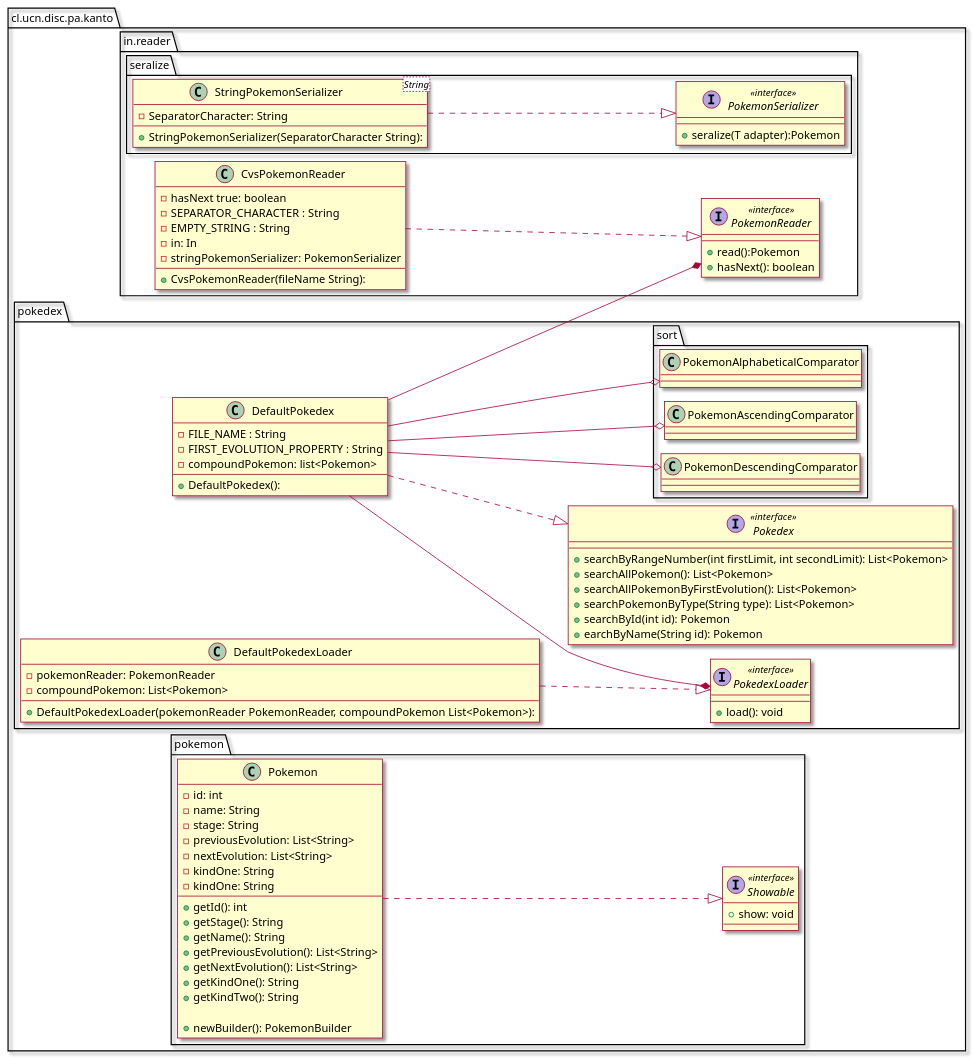
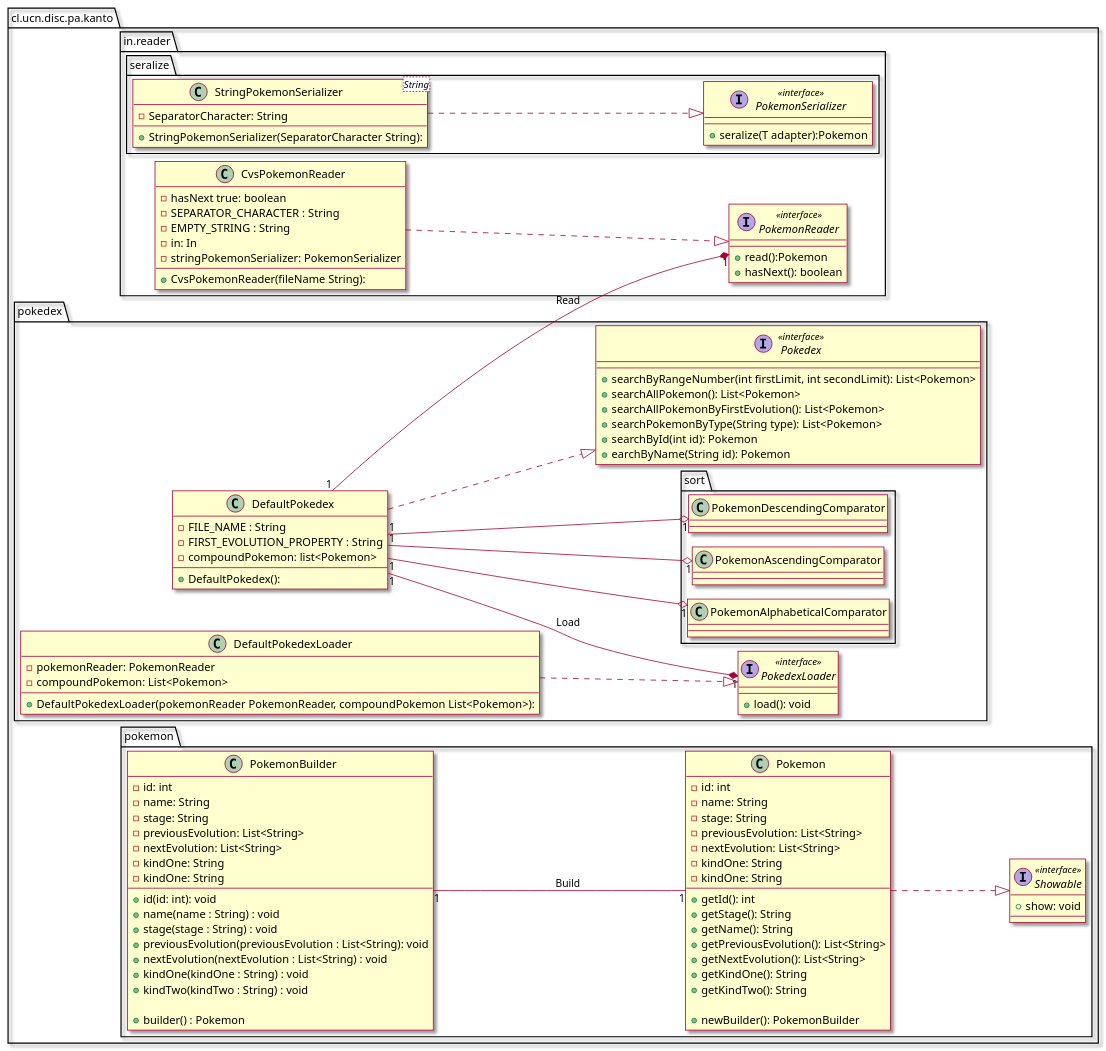
One commit to bxnjadev/Kanto changed the diagram in ClassDiagram.puml. Above: the diagram before and after it, drawn with PlantUML. The commit also changed 17 other files, not shown here.

```diff
--- a/ClassDiagram.puml
+++ b/ClassDiagram.puml
@@ -1,128 +1,152 @@
 @startuml
 !pragma layout smetana
 skin rose
 
 left to right direction
 set namespaceSeparator none
 package cl.ucn.disc.pa.kanto {
 
     package in.reader {
 
         interface PokemonReader <<interface>> {
             +read():Pokemon
             +hasNext(): boolean
         }
         class CvsPokemonReader {
             -hasNext true: boolean
             -SEPARATOR_CHARACTER : String
             -EMPTY_STRING : String
             -in: In
             -stringPokemonSerializer: PokemonSerializer
 
             +CvsPokemonReader(fileName String):
         }
 
 
         package seralize {
             class StringPokemonSerializer<String> {
                 -SeparatorCharacter: String
 
                 +StringPokemonSerializer(SeparatorCharacter String):
             }
 
             interface PokemonSerializer <<interface>> {
                 + seralize(T adapter):Pokemon
             }
         }
 
     }
 
     package pokedex {
         class DefaultPokedex {
             - FILE_NAME : String
             -FIRST_EVOLUTION_PROPERTY : String
             -compoundPokemon: list<Pokemon>
 
             +DefaultPokedex():
 
         }
         class DefaultPokedexLoader {
             -pokemonReader: PokemonReader
             -compoundPokemon: List<Pokemon>
 
             +DefaultPokedexLoader(pokemonReader PokemonReader, compoundPokemon List<Pokemon>):
 
         }
         interface Pokedex <<interface>>{
             +searchByRangeNumber(int firstLimit, int secondLimit): List<Pokemon>
             +searchAllPokemon(): List<Pokemon>
             +searchAllPokemonByFirstEvolution(): List<Pokemon>
             +searchPokemonByType(String type): List<Pokemon>
             +searchById(int id): Pokemon
             +earchByName(String id): Pokemon
 
         }
         interface PokedexLoader <<interface>> {
             +load(): void
         }
 
         package sort {
             class PokemonAlphabeticalComparator {
             }
             class PokemonAscendingComparator {
             }
             class PokemonDescendingComparator {
             }
 
         }
 
     }
 
 
 
 
     package pokemon {
         class Pokemon {
             -id: int
             -name: String
             -stage: String
             -previousEvolution: List<String>
             -nextEvolution: List<String>
             -kindOne: String
             -kindOne: String
 
             +getId(): int
             +getStage(): String
             +getName(): String
             +getPreviousEvolution(): List<String>
             +getNextEvolution(): List<String>
             +getKindOne(): String
             +getKindTwo(): String
 
             +newBuilder(): PokemonBuilder
 
 
         }
         interface Showable <<interface>> {
             +show: void
         }
+
+        class PokemonBuilder {
+            -id: int
+            -name: String
+            -stage: String
+            -previousEvolution: List<String>
+            -nextEvolution: List<String>
+            -kindOne: String
+            -kindOne: String
+
+            + id(id: int): void
+            + name(name : String) : void
+            + stage(stage : String) : void
+            + previousEvolution(previousEvolution : List<String): void
+            + nextEvolution(nextEvolution : List<String) : void
+            + kindOne(kindOne : String) : void
+            + kindTwo(kindTwo : String) : void
+
+            + builder() : Pokemon
+
+        }
+
     }
 
 }
 
 StringPokemonSerializer ..|> PokemonSerializer
 CvsPokemonReader ..|> PokemonReader
 
-DefaultPokedex --* PokedexLoader
+DefaultPokedex "1" --* "1" PokedexLoader : Load
 
-DefaultPokedex --o PokemonAlphabeticalComparator
-DefaultPokedex --o PokemonAscendingComparator
-DefaultPokedex --o PokemonDescendingComparator
+DefaultPokedex "1" --o "1" PokemonAlphabeticalComparator
+DefaultPokedex "1" --o "1" PokemonAscendingComparator
+DefaultPokedex "1" --o "1" PokemonDescendingComparator
 
 DefaultPokedex ..|> Pokedex
 DefaultPokedexLoader ..|> PokedexLoader
 
-DefaultPokedex --* PokemonReader
+DefaultPokedex "1" --* "1" PokemonReader : "Read"
 
 Pokemon ..|> Showable
+
+PokemonBuilder "1" -- "1" Pokemon : Build
 @enduml
```
